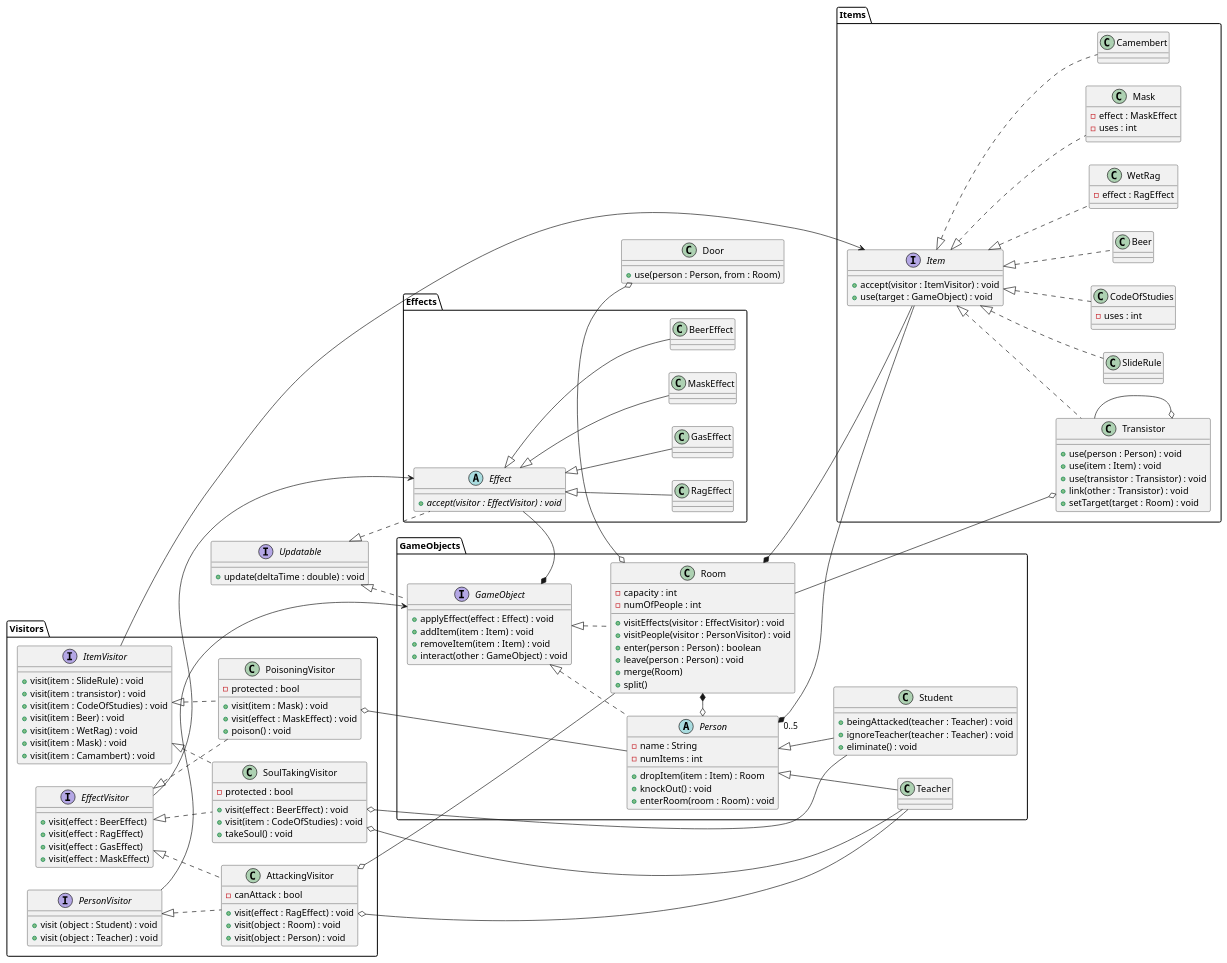
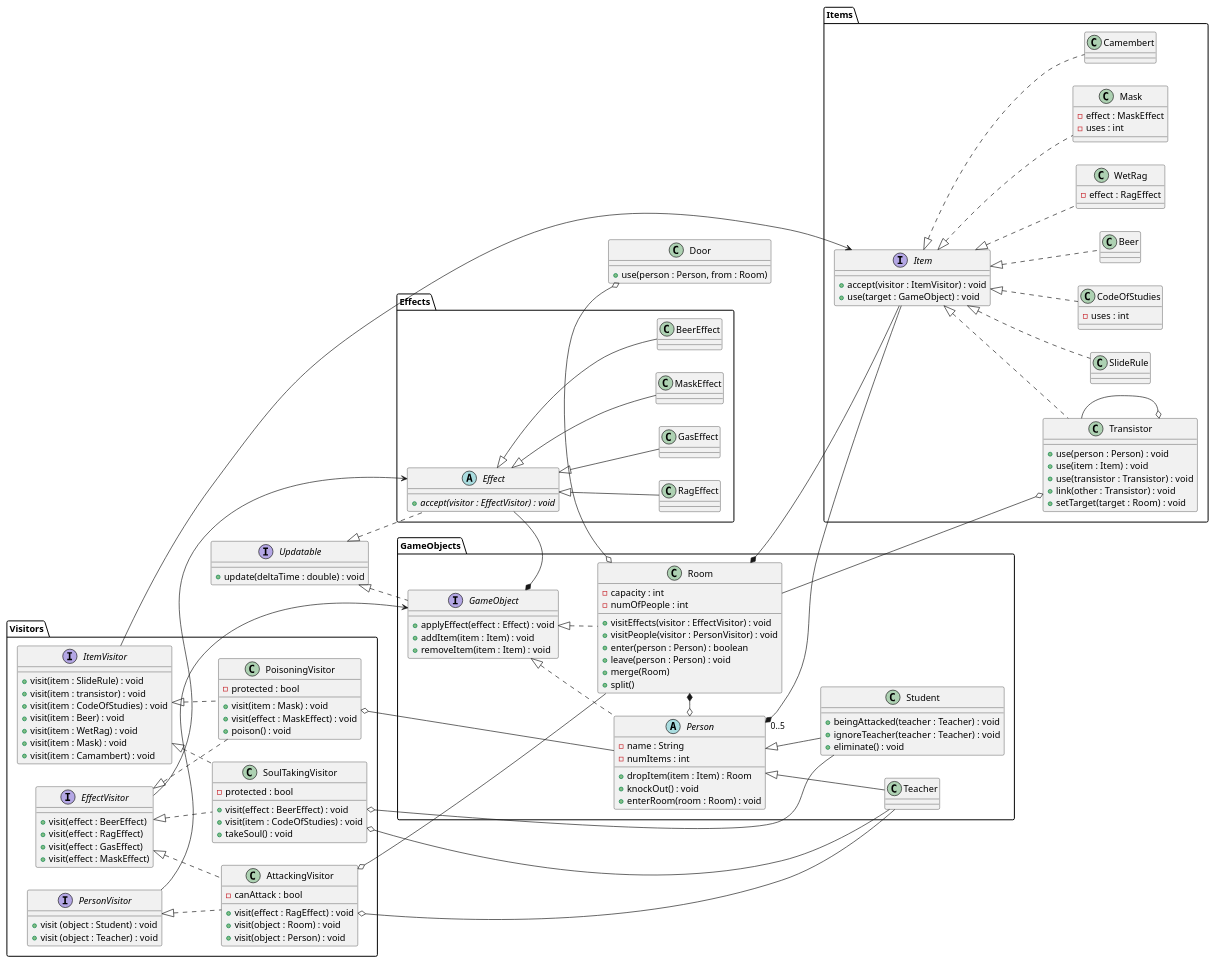
The diagram in docs/diagrams/class/overview.puml (sn4k3ch4rm3r/logarlec), drawn with PlantUML before and after one commit. The commit also changed 1 other file, not shown here.

```diff
--- a/docs/diagrams/class/overview.puml
+++ b/docs/diagrams/class/overview.puml
@@ -1,189 +1,188 @@
 @startuml effects
 
 left to right direction
 
 interface Updatable {
 	+ update(deltaTime : double) : void
 }
 
 package Visitors {
 	interface EffectVisitor {
 		+ visit(effect : BeerEffect)
 		+ visit(effect : RagEffect)
 		+ visit(effect : GasEffect)
 		+ visit(effect : MaskEffect)
 	}
 	interface ItemVisitor {
 		+ visit(item : SlideRule) : void
 		+ visit(item : transistor) : void
 		+ visit(item : CodeOfStudies) : void
 		+ visit(item : Beer) : void
 		+ visit(item : WetRag) : void
 		+ visit(item : Mask) : void
 		+ visit(item : Camambert) : void
 	}
 	interface PersonVisitor {
 		+ visit (object : Student) : void
 		+ visit (object : Teacher) : void
 	}
 
 	class SoulTakingVisitor {
 		- protected : bool
 		+ visit(effect : BeerEffect) : void
 		+ visit(item : CodeOfStudies) : void
 		+ takeSoul() : void
 	}
 	class PoisoningVisitor {
 		- protected : bool
 		+ visit(item : Mask) : void
 		+ visit(effect : MaskEffect) : void
 		+ poison() : void
 	}
 	class AttackingVisitor {
 		- canAttack : bool
 		+ visit(effect : RagEffect) : void
 		+ visit(object : Room) : void
 		+ visit(object : Person) : void
 	}
 }
 
 package GameObjects {
 	interface GameObject {
 		+ applyEffect(effect : Effect) : void
 		+ addItem(item : Item) : void
 		+ removeItem(item : Item) : void
-		+ interact(other : GameObject) : void
 	}
 
 	abstract Person {
 		- name : String
 		- numItems : int
 		+ dropItem(item : Item) : Room
 		+ knockOut() : void
 		+ enterRoom(room : Room) : void
 	}
 
 	class Student {
 		+ beingAttacked(teacher : Teacher) : void
 		+ ignoreTeacher(teacher : Teacher) : void
 		+ eliminate() : void
 	}
 	class Teacher {
 		
 	}
 
 	class Room {
 		- capacity : int
 		- numOfPeople : int
 		+ visitEffects(visitor : EffectVisitor) : void
 		+ visitPeople(visitor : PersonVisitor) : void
 		+ enter(person : Person) : boolean
 		+ leave(person : Person) : void
 		+ merge(Room)
 		+ split()
 	}
 }
 
 class Door {
     +use(person : Person, from : Room)
 }
 
 package Items {
 	interface Item {
 		+ accept(visitor : ItemVisitor) : void
 		+ use(target : GameObject) : void
 	}
 	class SlideRule
 	class Transistor {
 		+ use(person : Person) : void
 		+ use(item : Item) : void
 		+ use(transistor : Transistor) : void
 		+ link(other : Transistor) : void
 		+ setTarget(target : Room) : void
 	}
 	class CodeOfStudies {
 		- uses : int
 	}
 	class Beer {
 	}
 	class WetRag {
 		- effect : RagEffect
 	}
 	class Mask {
 		- effect : MaskEffect
 		- uses : int
 	}
 	class Camembert {
 	}
 }
 
 package Effects {
 	abstract Effect {
 		{abstract} + accept(visitor : EffectVisitor) : void
 
 	}
 
 	class BeerEffect
 	class RagEffect
 	class GasEffect
 	class MaskEffect
 }
 
 together {
 	Effect <|-- BeerEffect
 	Effect <|-- RagEffect
 	Effect <|-- GasEffect
 	Effect <|-- MaskEffect
 }
 
 together {
 	Item <|.- SlideRule
 	Item <|.- Transistor
 	Item <|.- CodeOfStudies
 	Item <|.- Beer
 	Item <|.- WetRag
 	Item <|.- Mask
 	Item <|.- Camembert
 }
 
 Updatable <|.- GameObject
 Updatable <|.- Effect
 GameObject <|.- Person
 GameObject <|.- Room
 Person <|-- Teacher
 Person <|-- Student
 
 
 GameObject *- Effect
 
 Room *-o Person
 Room *-- Item
 
 Person "0..5" *- Item
 
 ItemVisitor <|.- SoulTakingVisitor
 EffectVisitor <|.- SoulTakingVisitor
 
 ItemVisitor <|.- PoisoningVisitor
 EffectVisitor <|.- PoisoningVisitor
 
 EffectVisitor <|.- AttackingVisitor
 PersonVisitor <|.- AttackingVisitor
 
 PersonVisitor ---> GameObject
 EffectVisitor ---> Effect
 ItemVisitor ---> Item
 
 Transistor --o Transistor
 Room --o Transistor
 
 SoulTakingVisitor o-- Teacher
 SoulTakingVisitor o-- Student
 
 PoisoningVisitor o-- Person
 
 AttackingVisitor o-- Teacher
 AttackingVisitor o-- Room
 
 Room o-o Door
 @enduml
```
